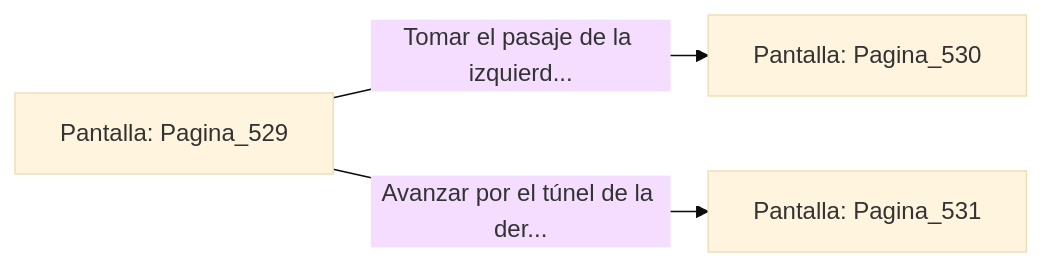
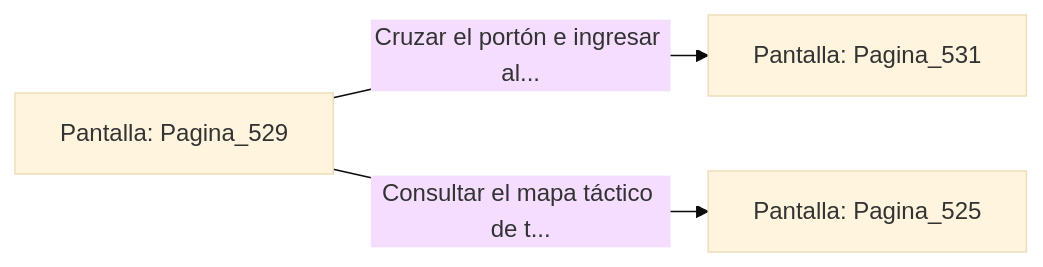
The diagram in sample/eligejuego-vault/Pantalla_Pagina_529.md (metsuke/mpl), drawn with Mermaid (base theme) before and after one commit. The commit also changed other lines of this file and 635 other files, not shown here.

First line of the commit message:
fix: añadir Pagina_1 como pantalla inicial en capitulo_01.mpl

````diff
--- a/sample/eligejuego-vault/Pantalla_Pagina_529.md
+++ b/sample/eligejuego-vault/Pantalla_Pagina_529.md
@@ -20,6 +24,6 @@
 ```mermaid
 graph LR
     P_Pagina_529["Pantalla: Pagina_529"]
-    P_Pagina_529 -->|"Tomar el pasaje de la izquierd..."| P_Pagina_530["Pantalla: Pagina_530"]
-    P_Pagina_529 -->|"Avanzar por el túnel de la der..."| P_Pagina_531["Pantalla: Pagina_531"]
+    P_Pagina_529 -->|"Cruzar el portón e ingresar al..."| P_Pagina_531["Pantalla: Pagina_531"]
+    P_Pagina_529 -->|"Consultar el mapa táctico de t..."| P_Pagina_525["Pantalla: Pagina_525"]
 ```
````
